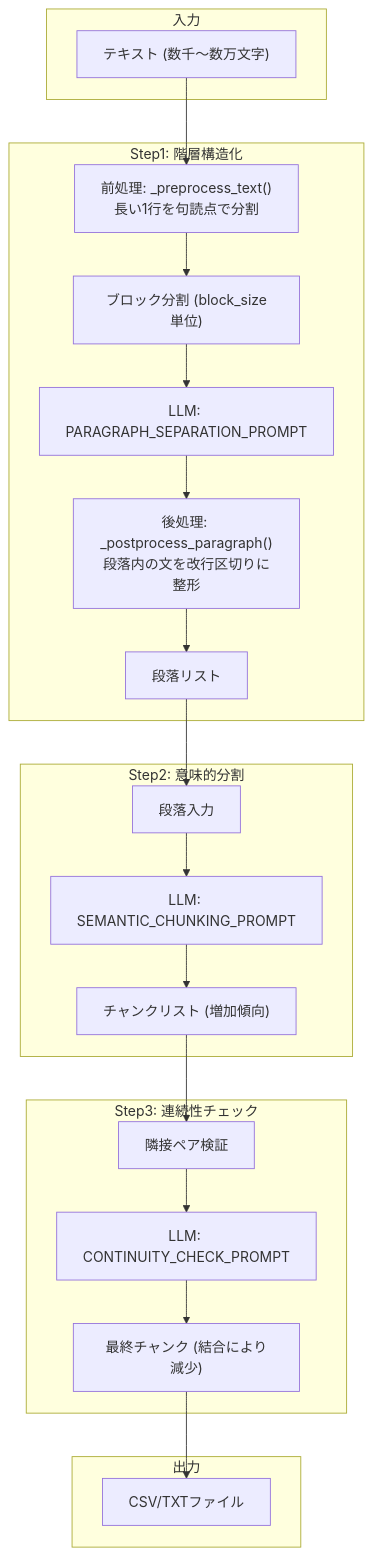
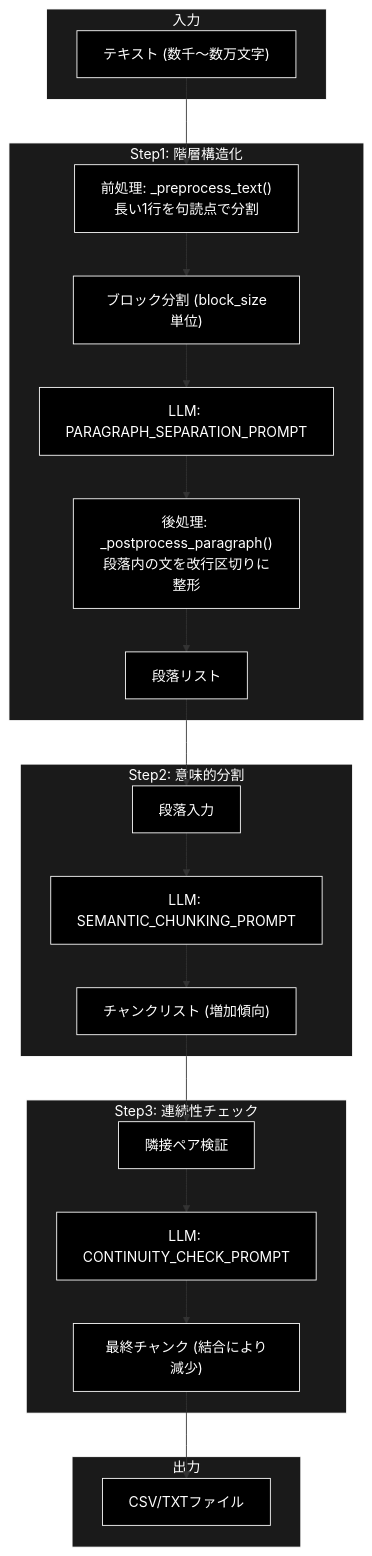
The third of 7 diagrams in chunking/doc/csv_text_to_chunks_text_csv.md (nakashima2toshio/ollama_grace_agent_v2), drawn with Mermaid before and after one commit. The commit also changed other lines of this file and 13 other files, not shown here.

````diff
--- a/chunking/doc/csv_text_to_chunks_text_csv.md
+++ b/chunking/doc/csv_text_to_chunks_text_csv.md
@@ -158,38 +170,46 @@
 ```mermaid
 flowchart TB
     subgraph INPUT["入力"]
         TEXT["テキスト (数千〜数万文字)"]
     end
 
     subgraph STEP1["Step1: 階層構造化"]
         S1_PRE["前処理: _preprocess_text()<br/>長い1行を句読点で分割"]
         S1_IN["ブロック分割 (block_size単位)"]
         S1_LLM["LLM: PARAGRAPH_SEPARATION_PROMPT"]
         S1_POST["後処理: _postprocess_paragraph()<br/>段落内の文を改行区切りに整形"]
         S1_OUT["段落リスト"]
         S1_PRE --> S1_IN --> S1_LLM --> S1_POST --> S1_OUT
     end
 
     subgraph STEP2["Step2: 意味的分割"]
         S2_IN["段落入力"]
         S2_LLM["LLM: SEMANTIC_CHUNKING_PROMPT"]
         S2_OUT["チャンクリスト (増加傾向)"]
         S2_IN --> S2_LLM --> S2_OUT
     end
 
     subgraph STEP3["Step3: 連続性チェック"]
         S3_IN["隣接ペア検証"]
         S3_LLM["LLM: CONTINUITY_CHECK_PROMPT"]
         S3_OUT["最終チャンク (結合により減少)"]
         S3_IN --> S3_LLM --> S3_OUT
     end
 
     subgraph OUTPUT["出力"]
         CSV["CSV/TXTファイル"]
     end
 
     TEXT --> S1_PRE
     S1_OUT --> S2_IN
     S2_OUT --> S3_IN
     S3_OUT --> CSV
+classDef default fill:#000,stroke:#fff,color:#fff
+classDef subgraphStyle fill:#1a1a1a,stroke:#fff,color:#fff
+class TEXT,S1_PRE,S1_IN,S1_LLM,S1_POST,S1_OUT,S2_IN,S2_LLM,S2_OUT,S3_IN,S3_LLM,S3_OUT,CSV default
+style INPUT fill:#1a1a1a,stroke:#fff,color:#fff
+style STEP1 fill:#1a1a1a,stroke:#fff,color:#fff
+style STEP2 fill:#1a1a1a,stroke:#fff,color:#fff
+style STEP3 fill:#1a1a1a,stroke:#fff,color:#fff
+style OUTPUT fill:#1a1a1a,stroke:#fff,color:#fff
 ```
````
